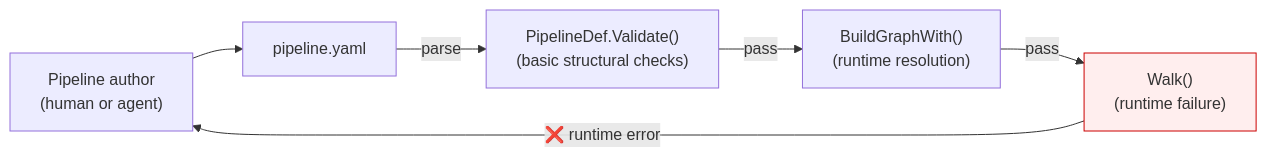
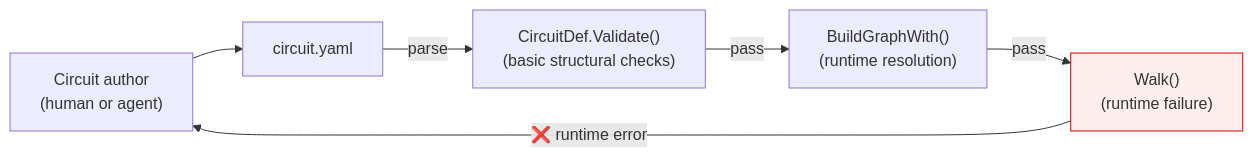
Before and after one commit to dpopsuev/origami: the first of 2 diagrams in .cursor/contracts/completed/framework/origami-lint.md, drawn with Mermaid. The commit also changed other lines of this file and 315 other files, not shown here.

````diff
--- a/.cursor/contracts/completed/framework/origami-lint.md
+++ b/.cursor/contracts/completed/framework/origami-lint.md
@@ -26,16 +26,16 @@
 ```mermaid
 flowchart LR
-    Author["Pipeline author\n(human or agent)"]
-    YAML["pipeline.yaml"]
-    Validate["PipelineDef.Validate()\n(basic structural checks)"]
+    Author["Circuit author\n(human or agent)"]
+    YAML["circuit.yaml"]
+    Validate["CircuitDef.Validate()\n(basic structural checks)"]
     BuildGraph["BuildGraphWith()\n(runtime resolution)"]
     Walk["Walk()\n(runtime failure)"]
 
     Author --> YAML
     YAML -->|"parse"| Validate
     Validate -->|"pass"| BuildGraph
     BuildGraph -->|"pass"| Walk
     Walk -->|"❌ runtime error"| Author
 
     style Walk fill:#fee,stroke:#c00
 ```
````
